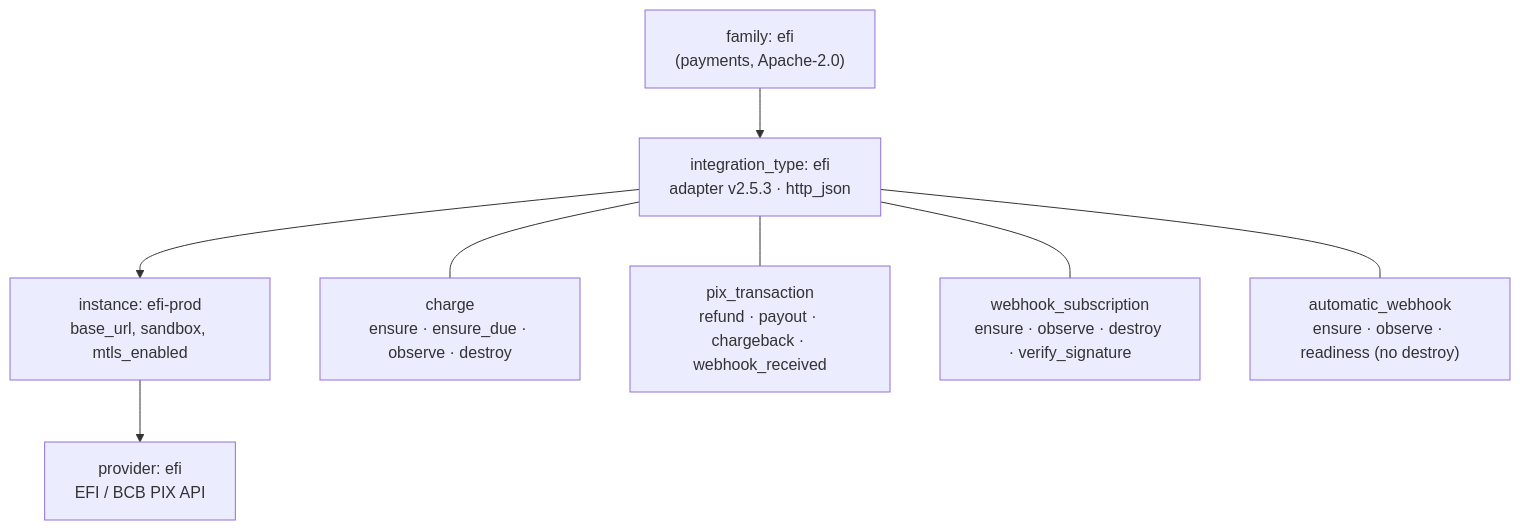
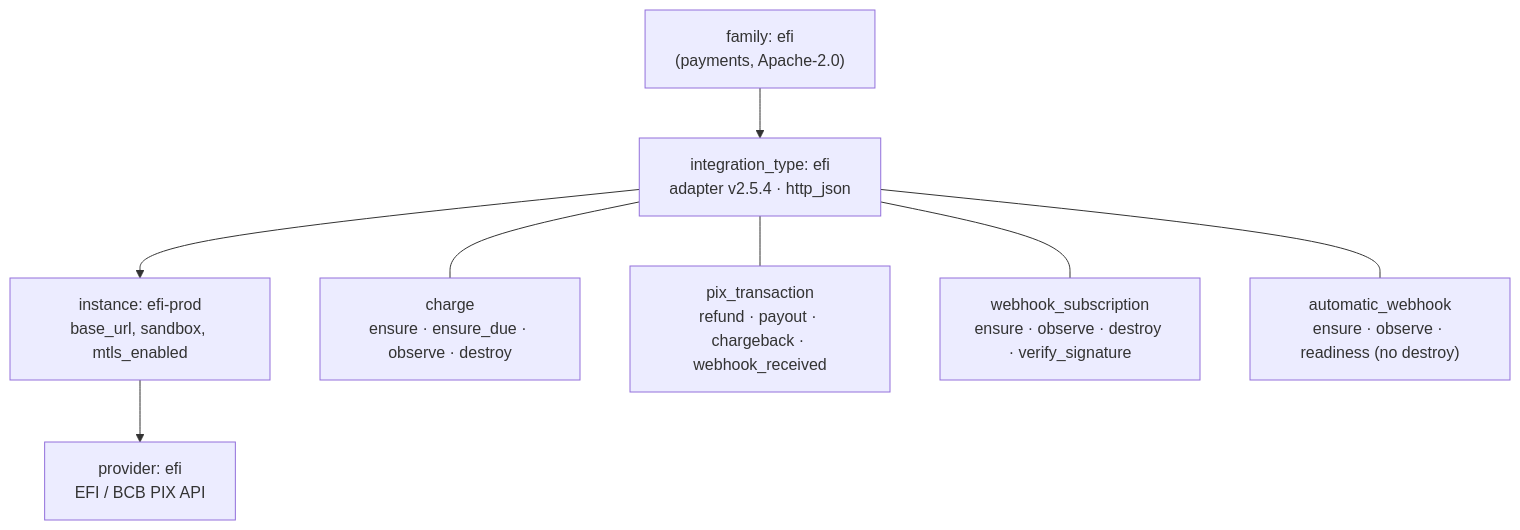
Before and after one commit to dakasa-yggdrasil/integration-efi: the second of 3 diagrams in README.md, drawn with Mermaid. The commit also changed other lines of this file and 12 other files, not shown here.

````diff
--- a/README.md
+++ b/README.md
@@ -73,13 +73,13 @@
 ```mermaid
 flowchart TD
   fam["family: efi<br/>(payments, Apache-2.0)"]
-  typ["integration_type: efi<br/>adapter v2.5.3 · http_json"]
+  typ["integration_type: efi<br/>adapter v2.5.4 · http_json"]
   inst["instance: efi-prod<br/>base_url, sandbox, mtls_enabled"]
   prov["provider: efi<br/>EFI / BCB PIX API"]
   fam --> typ --> inst --> prov
 
   typ --- rt1["charge<br/>ensure · ensure_due · observe · destroy"]
   typ --- rt2["pix_transaction<br/>refund · payout · chargeback · webhook_received"]
   typ --- rt3["webhook_subscription<br/>ensure · observe · destroy · verify_signature"]
   typ --- rt4["automatic_webhook<br/>ensure · observe · readiness (no destroy)"]
 ```
````
